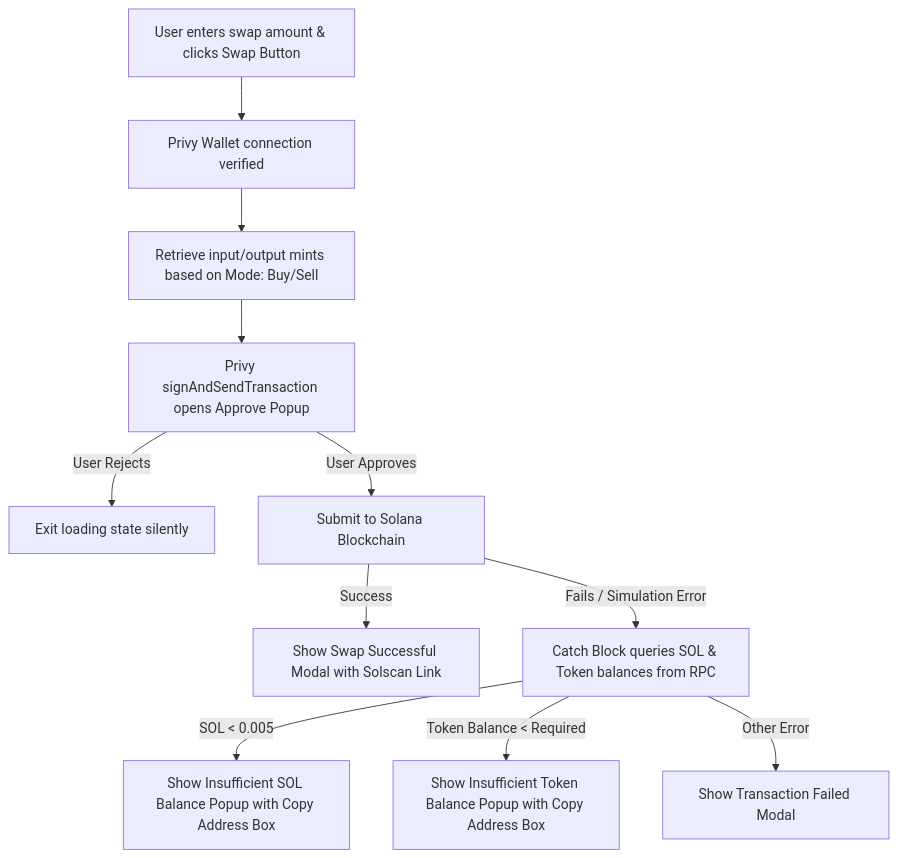
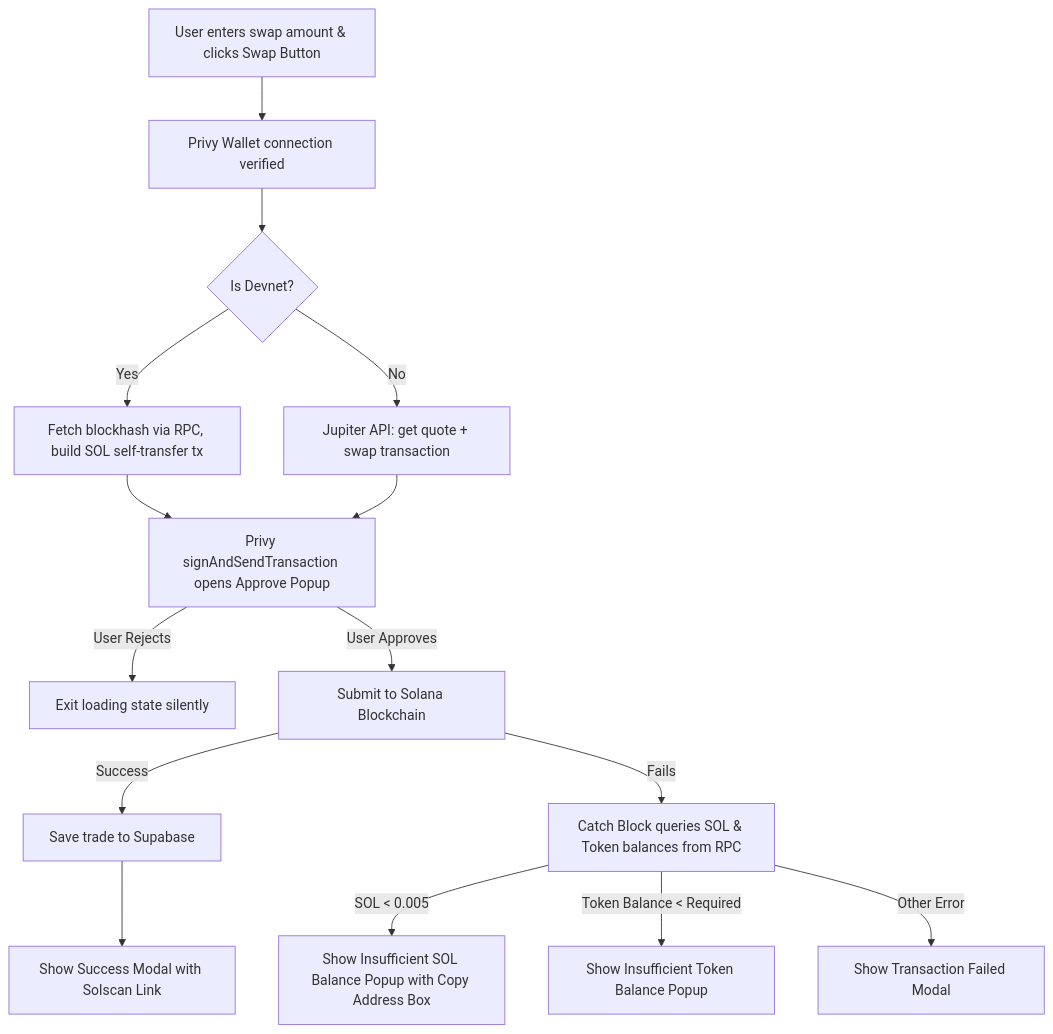
One commit to YashvardhanKumar/chad-wallet changed the diagram in README.md. Above: the diagram before and after it, drawn with Mermaid. The commit also changed other lines of this file and 1 other file, not shown here.

Commit message:
feat: integrate Supabase persistence, add devnet support, and implement mobile-responsive layout for charts and UI components

````diff
--- a/README.md
+++ b/README.md
@@ -76,13 +83,17 @@
 ```mermaid
 graph TD;
   A[User enters swap amount & clicks Swap Button] --> B[Privy Wallet connection verified];
-  B --> C[Retrieve input/output mints based on Mode: Buy/Sell];
-  C --> D[Privy signAndSendTransaction opens Approve Popup];
-  D -- User Rejects --> E[Exit loading state silently];
-  D -- User Approves --> F[Submit to Solana Blockchain];
-  F -- Success --> G[Show Swap Successful Modal with Solscan Link];
-  F -- Fails / Simulation Error --> H[Catch Block queries SOL & Token balances from RPC];
-  H -- SOL < 0.005 --> I[Show Insufficient SOL Balance Popup with Copy Address Box];
-  H -- Token Balance < Required --> J[Show Insufficient Token Balance Popup with Copy Address Box];
-  H -- Other Error --> K[Show Transaction Failed Modal];
+  B --> C{Is Devnet?};
+  C -- Yes --> D[Fetch blockhash via RPC, build SOL self-transfer tx];
+  C -- No --> E[Jupiter API: get quote + swap transaction];
+  D --> F[Privy signAndSendTransaction opens Approve Popup];
+  E --> F;
+  F -- User Rejects --> G[Exit loading state silently];
+  F -- User Approves --> H[Submit to Solana Blockchain];
+  H -- Success --> I[Save trade to Supabase];
+  I --> J[Show Success Modal with Solscan Link];
+  H -- Fails --> K[Catch Block queries SOL & Token balances from RPC];
+  K -- SOL < 0.005 --> L[Show Insufficient SOL Balance Popup with Copy Address Box];
+  K -- Token Balance < Required --> M[Show Insufficient Token Balance Popup];
+  K -- Other Error --> N[Show Transaction Failed Modal];
 ```
````
